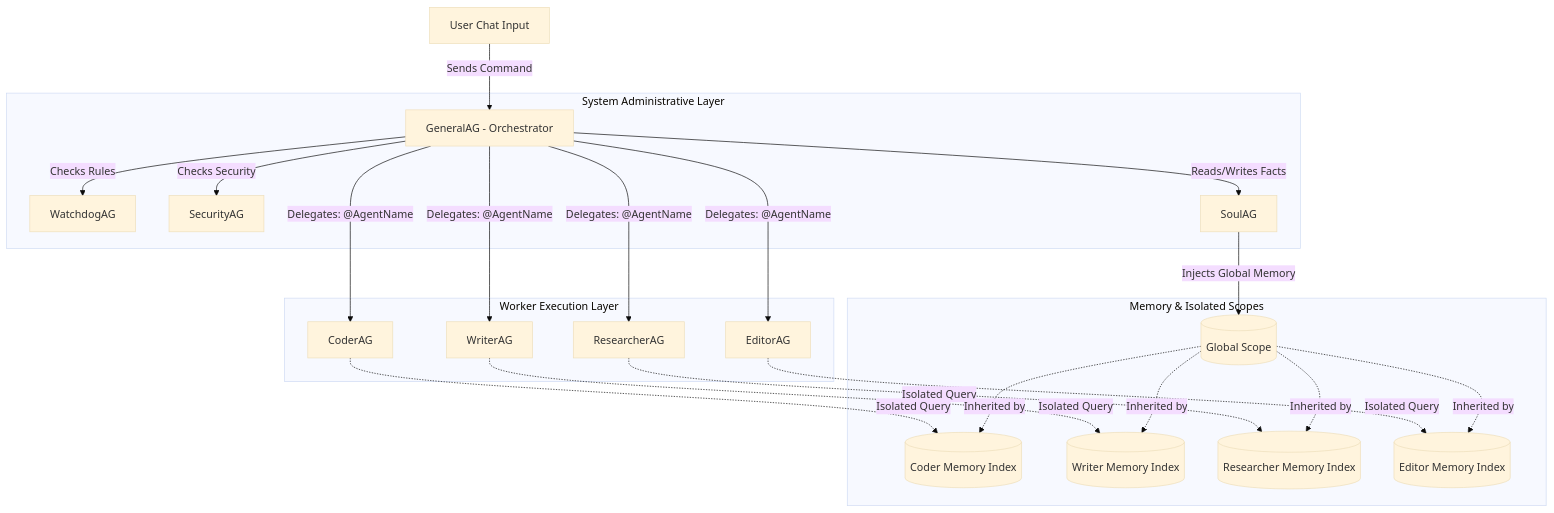
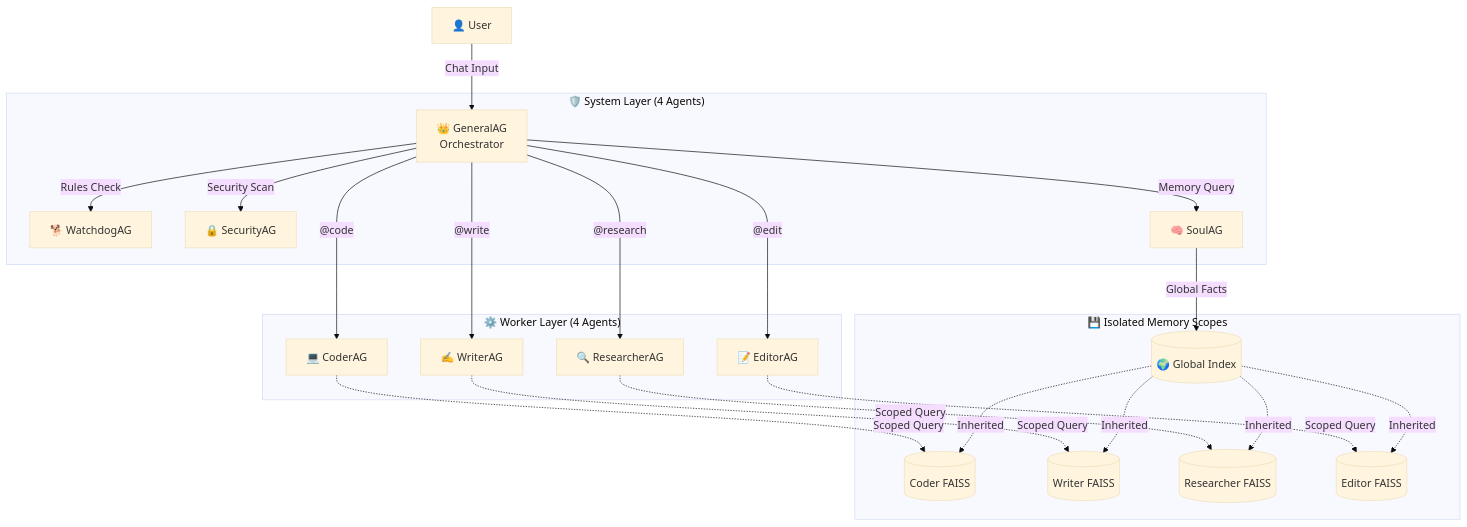
Before and after one commit to landjunge/Gnom-Hub-Clean: the second of 2 diagrams in README.md, drawn with Mermaid (base theme). The commit also changed other lines of this file, not shown here.

````diff
--- a/README.md
+++ b/README.md
@@ -64,29 +102,29 @@
 ```mermaid
 graph TD
-    U[User Chat Input] -->|Sends Command| G[GeneralAG - Orchestrator]
+    U["👤 User"] -->|Chat Input| G["👑 GeneralAG<br/>Orchestrator"]
     
-    subgraph Admin [System Administrative Layer]
-        G -->|Checks Rules| W[WatchdogAG]
-        G -->|Checks Security| S[SecurityAG]
-        G -->|Reads/Writes Facts| So[SoulAG]
+    subgraph Admin ["🛡️ System Layer (4 Agents)"]
+        G -->|"Rules Check"| W["🐕 WatchdogAG"]
+        G -->|"Security Scan"| S["🔒 SecurityAG"]
+        G -->|"Memory Query"| So["🧠 SoulAG"]
     end
 
-    subgraph Workers [Worker Execution Layer]
-        G -->|Delegates: @AgentName| C[CoderAG]
-        G -->|Delegates: @AgentName| Wr[WriterAG]
-        G -->|Delegates: @AgentName| R[ResearcherAG]
-        G -->|Delegates: @AgentName| E[EditorAG]
+    subgraph Workers ["⚙️ Worker Layer (4 Agents)"]
+        G -->|"@code"| C["💻 CoderAG"]
+        G -->|"@write"| Wr["✍️ WriterAG"]
+        G -->|"@research"| R["🔍 ResearcherAG"]
+        G -->|"@edit"| E["📝 EditorAG"]
     end
 
-    subgraph Memory [Memory & Isolated Scopes]
-        So -->|Injects Global Memory| GS[(Global Scope)]
-        C -.->|Isolated Query| MC[(Coder Memory Index)]
-        Wr -.->|Isolated Query| MWr[(Writer Memory Index)]
-        R -.->|Isolated Query| MR[(Researcher Memory Index)]
-        E -.->|Isolated Query| ME[(Editor Memory Index)]
-        GS -.->|Inherited by| MC
-        GS -.->|Inherited by| MWr
-        GS -.->|Inherited by| MR
-        GS -.->|Inherited by| ME
+    subgraph Memory ["💾 Isolated Memory Scopes"]
+        So -->|"Global Facts"| GS[("🌍 Global Index")]
+        C -.->|"Scoped Query"| MC[("Coder FAISS")]
+        Wr -.->|"Scoped Query"| MWr[("Writer FAISS")]
+        R -.->|"Scoped Query"| MR[("Researcher FAISS")]
+        E -.->|"Scoped Query"| ME[("Editor FAISS")]
+        GS -.->|"Inherited"| MC
+        GS -.->|"Inherited"| MWr
+        GS -.->|"Inherited"| MR
+        GS -.->|"Inherited"| ME
     end
 ```
````
